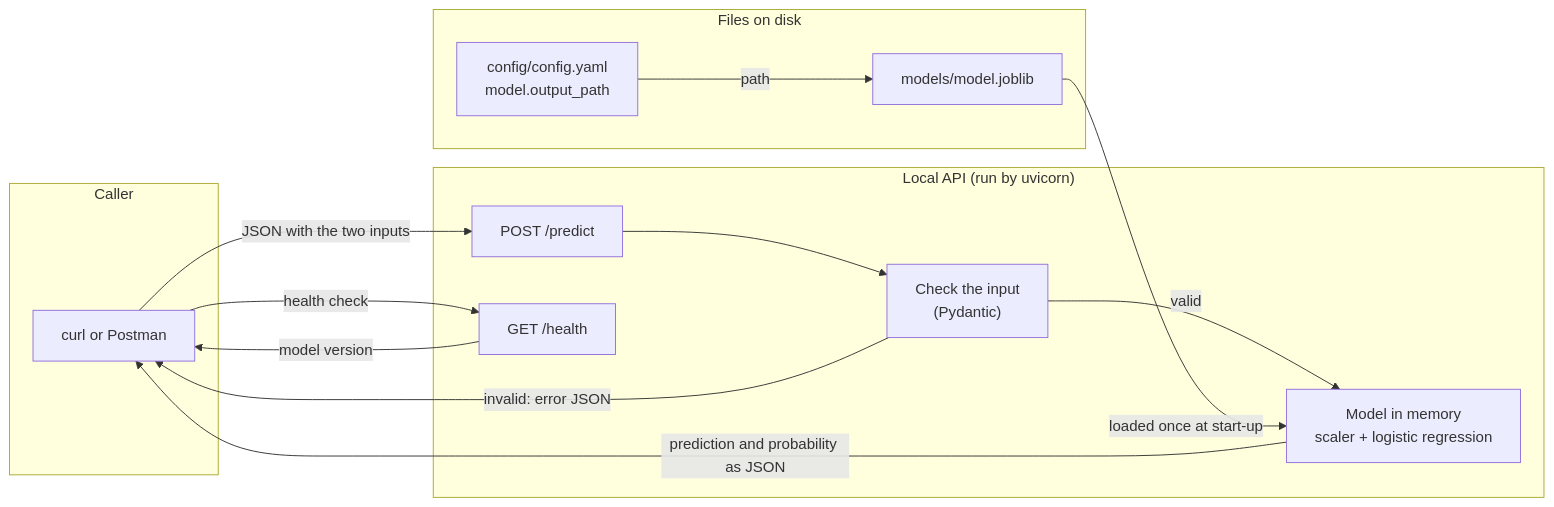
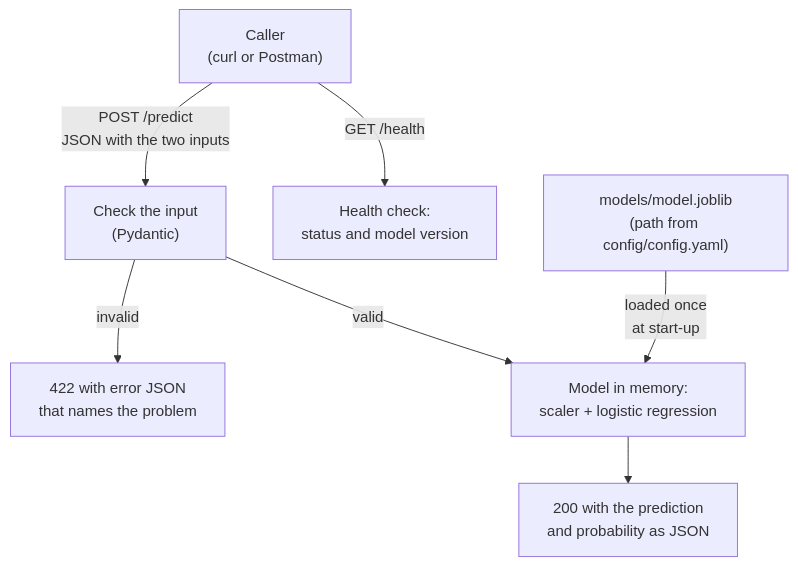
Before and after one commit to jconnors23/510-m3-nfl-prediction-analytics: the diagram in docs/implementation/phase-3/brief.md, drawn with Mermaid. The commit also changed other lines of this file and 47 other files, not shown here.

````diff
--- a/docs/implementation/phase-3/brief.md
+++ b/docs/implementation/phase-3/brief.md
@@ -24,25 +24,9 @@
 ```mermaid
-flowchart LR
-    subgraph Caller["Caller"]
-        A["curl or Postman"]
-    end
-    subgraph Service["Local API (run by uvicorn)"]
-        B["POST /predict"]
-        C["Check the input<br/>(Pydantic)"]
-        D["Model in memory<br/>scaler + logistic regression"]
-        E["GET /health"]
-    end
-    subgraph Disk["Files on disk"]
-        G["config/config.yaml<br/>model.output_path"]
-        F["models/model.joblib"]
-    end
-    A -->|"JSON with the two inputs"| B
-    B --> C
-    C -->|"valid"| D
-    C -->|"invalid: error JSON"| A
-    D -->|"prediction and probability as JSON"| A
-    A -->|"health check"| E
-    E -->|"model version"| A
-    G -->|"path"| F
-    F -->|"loaded once at start-up"| D
+flowchart TB
+    A["Caller<br/>(curl or Postman)"] -->|"POST /predict<br/>JSON with the two inputs"| C["Check the input<br/>(Pydantic)"]
+    A -->|"GET /health"| E["Health check:<br/>status and model version"]
+    C -->|"invalid"| X["422 with error JSON<br/>that names the problem"]
+    C -->|"valid"| D["Model in memory:<br/>scaler + logistic regression"]
+    D --> R["200 with the prediction<br/>and probability as JSON"]
+    F["models/model.joblib<br/>(path from config/config.yaml)"] -->|"loaded once<br/>at start-up"| D
 ```
````
